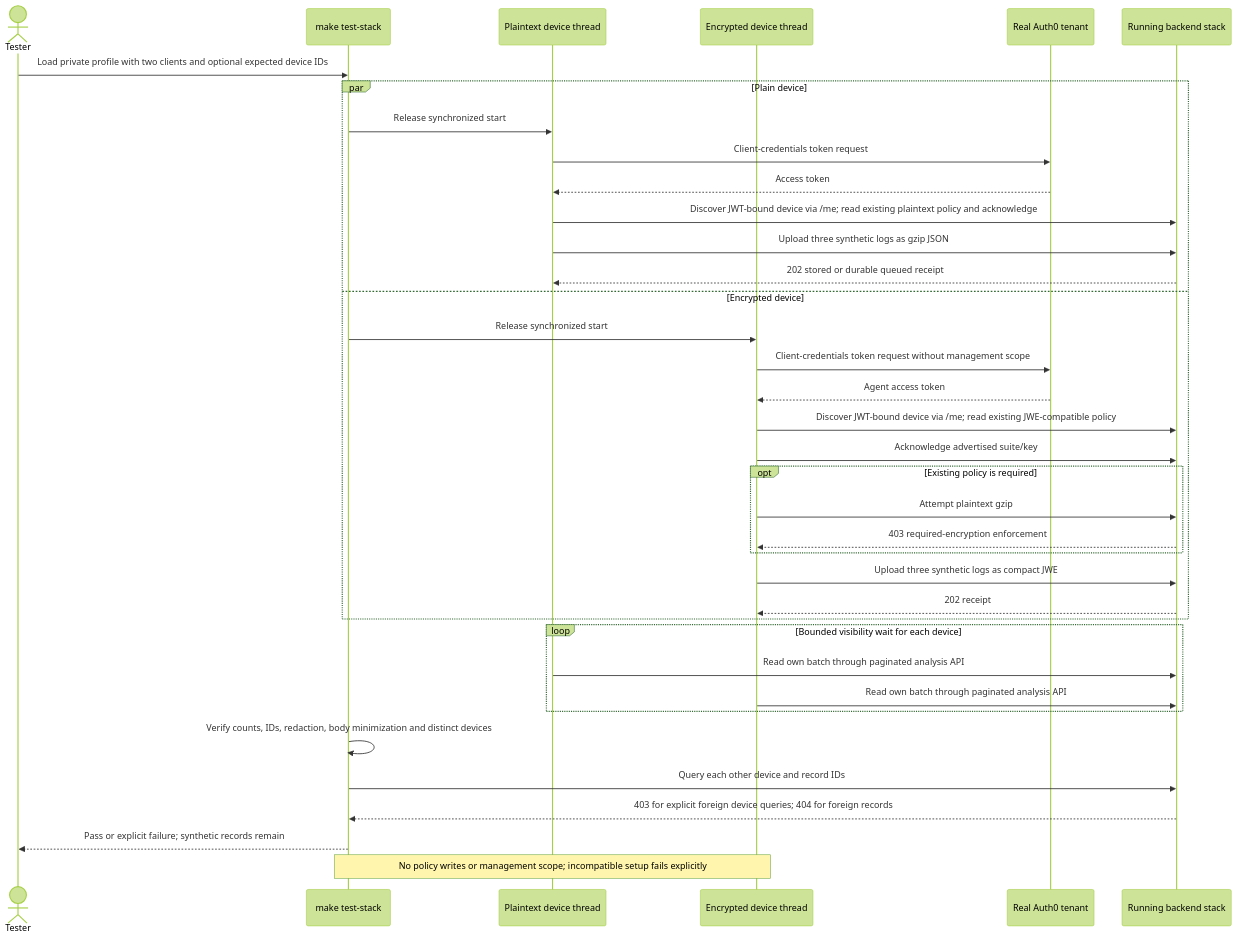
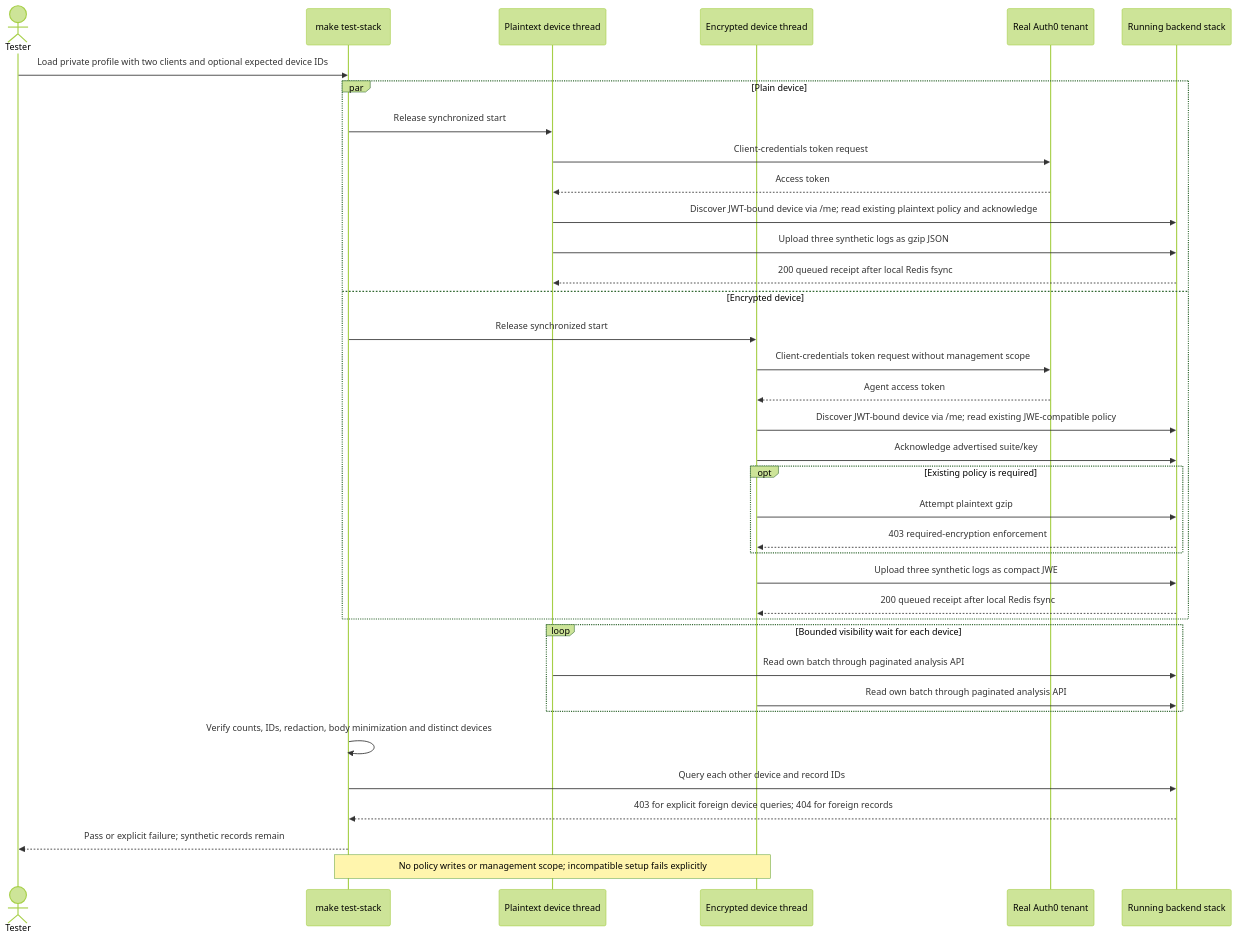
Before and after one commit to lucagiorgino/http-logger-collector: diagram 23 of 24 in docs/IMPLEMENTATION_STATUS.md, drawn with Mermaid (forest theme). The commit also changed other lines of this file and 6 other files, not shown here.

First line of the commit message:
docs: align architecture runbooks and authentication guidance

````diff
--- a/docs/IMPLEMENTATION_STATUS.md
+++ b/docs/IMPLEMENTATION_STATUS.md
@@ -1146,39 +1266,39 @@
 ```mermaid
 sequenceDiagram
     actor Tester
     participant Test as make test-stack
     participant Plain as Plaintext device thread
     participant Encrypted as Encrypted device thread
     participant IdP as Real Auth0 tenant
     participant API as Running backend stack
     Tester->>Test: Load private profile with two clients and optional expected device IDs
     par Plain device
         Test->>Plain: Release synchronized start
         Plain->>IdP: Client-credentials token request
         IdP-->>Plain: Access token
         Plain->>API: Discover JWT-bound device via /me#59; read existing plaintext policy and acknowledge
         Plain->>API: Upload three synthetic logs as gzip JSON
-        API-->>Plain: 202 stored or durable queued receipt
+        API-->>Plain: 200 queued receipt after local Redis fsync
     and Encrypted device
         Test->>Encrypted: Release synchronized start
         Encrypted->>IdP: Client-credentials token request without management scope
         IdP-->>Encrypted: Agent access token
         Encrypted->>API: Discover JWT-bound device via /me#59; read existing JWE-compatible policy
         Encrypted->>API: Acknowledge advertised suite/key
         opt Existing policy is required
             Encrypted->>API: Attempt plaintext gzip
             API-->>Encrypted: 403 required-encryption enforcement
         end
         Encrypted->>API: Upload three synthetic logs as compact JWE
-        API-->>Encrypted: 202 receipt
+        API-->>Encrypted: 200 queued receipt after local Redis fsync
     end
     loop Bounded visibility wait for each device
         Plain->>API: Read own batch through paginated analysis API
         Encrypted->>API: Read own batch through paginated analysis API
     end
     Test->>Test: Verify counts, IDs, redaction, body minimization and distinct devices
     Test->>API: Query each other device and record IDs
     API-->>Test: 403 for explicit foreign device queries#59; 404 for foreign records
     Test-->>Tester: Pass or explicit failure#59; synthetic records remain
     Note over Test,Encrypted: No policy writes or management scope#59; incompatible setup fails explicitly
 ```
````
